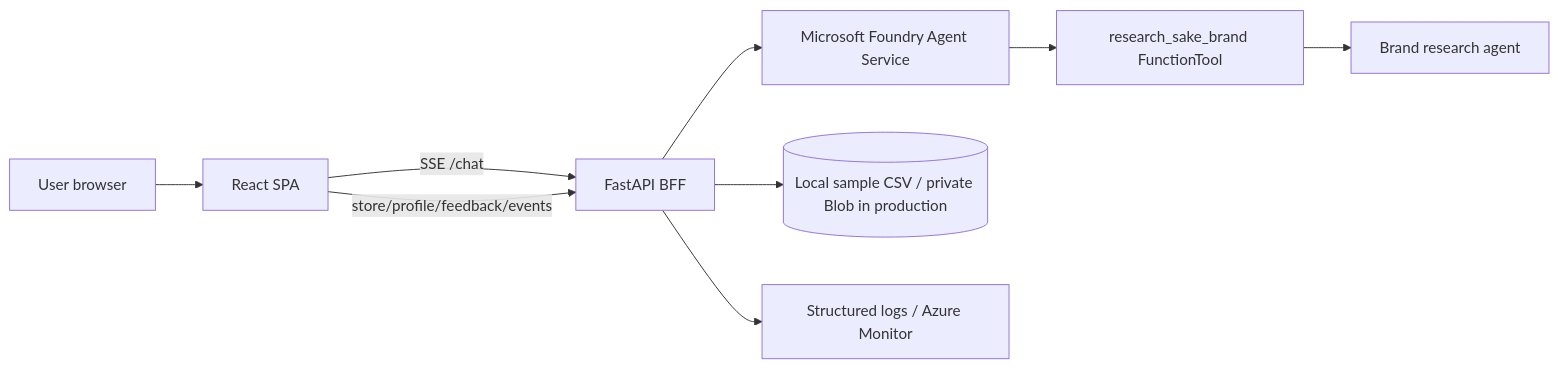
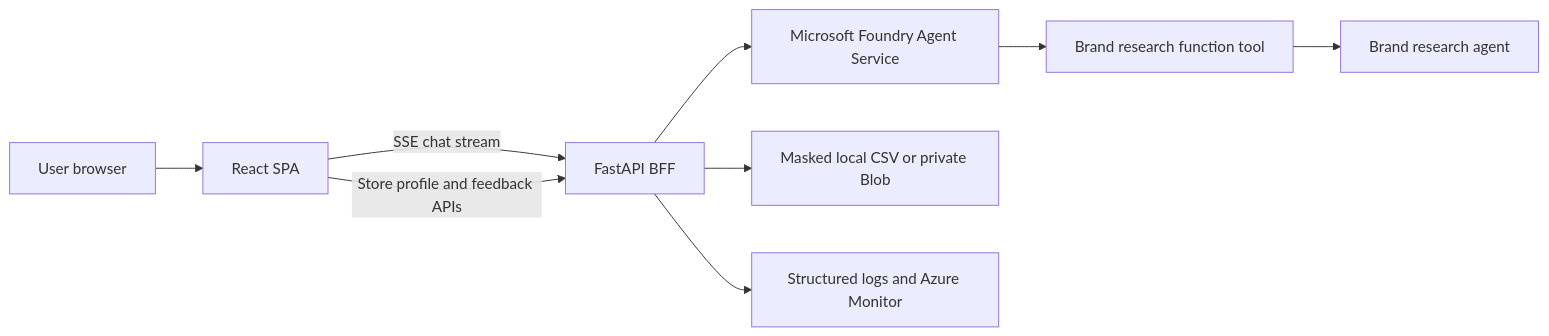
Before and after one commit to yuuuuukou/sake-concierge-hackathon-2026: the diagram in README.md, drawn with Mermaid.

Commit message:
READMEのアーキテクチャ図を修正

````diff
--- a/README.md
+++ b/README.md
@@ -19,11 +19,11 @@
 ```mermaid
 flowchart LR
-  User[User browser] --> Frontend[React SPA]
-  Frontend -->|SSE /chat| BFF[FastAPI BFF]
-  Frontend -->|store/profile/feedback/events| BFF
-  BFF --> Agent[Microsoft Foundry Agent Service]
-  Agent --> Tool[research_sake_brand FunctionTool]
-  Tool --> ResearchAgent[Brand research agent]
-  BFF --> Catalog[(Local sample CSV / private Blob in production)]
-  BFF --> Logs[Structured logs / Azure Monitor]
+  user["User browser"] --> frontend["React SPA"]
+  frontend -->|"SSE chat stream"| bff["FastAPI BFF"]
+  frontend -->|"Store profile and feedback APIs"| bff
+  bff --> agent["Microsoft Foundry Agent Service"]
+  agent --> tool["Brand research function tool"]
+  tool --> research["Brand research agent"]
+  bff --> catalog["Masked local CSV or private Blob"]
+  bff --> logs["Structured logs and Azure Monitor"]
 ```
````
